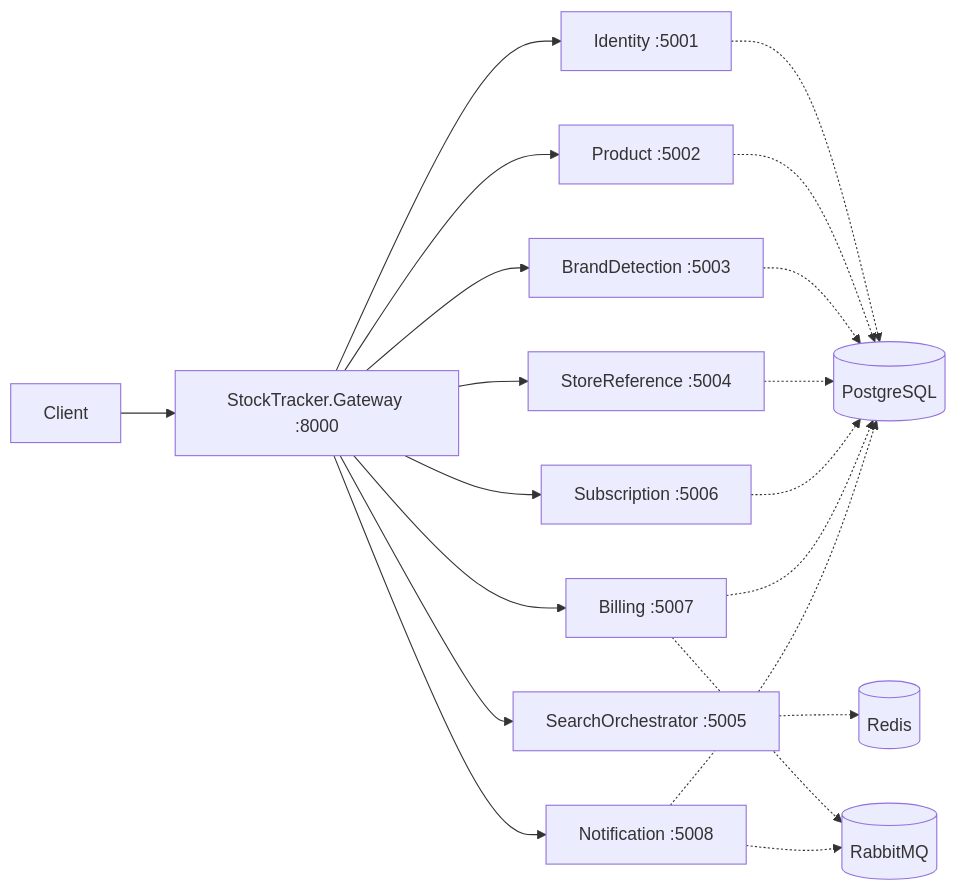
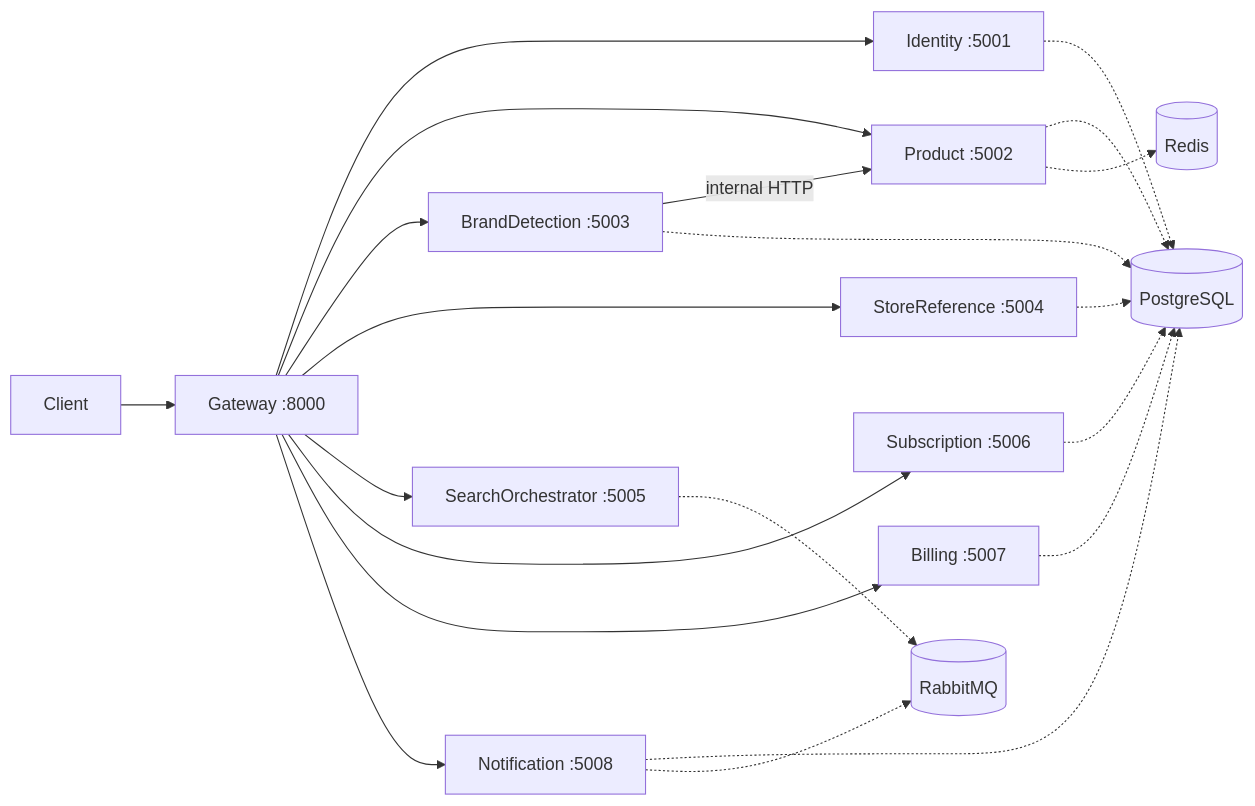
The diagram in README.md (hnbirsen/StockTracker), drawn with Mermaid before and after one commit. The commit also changed other lines of this file and 12 other files, not shown here.

First line of the commit message:
feat: Implement Brand Detection Service with database integration

````diff
--- a/README.md
+++ b/README.md
@@ -29,24 +25,27 @@
 ```mermaid
 flowchart LR
-        Client[Client] --> Gateway[StockTracker.Gateway :8000]
-        Gateway --> Identity[Identity :5001]
-        Gateway --> Product[Product :5002]
-        Gateway --> Brand[BrandDetection :5003]
-        Gateway --> Store[StoreReference :5004]
-        Gateway --> Search[SearchOrchestrator :5005]
-        Gateway --> Subscription[Subscription :5006]
-        Gateway --> Billing[Billing :5007]
-        Gateway --> Notification[Notification :5008]
+    Client[Client] --> Gateway[Gateway :8000]
 
-        Identity -.-> Postgres[(PostgreSQL)]
-        Product -.-> Postgres
-        Brand -.-> Postgres
-        Store -.-> Postgres
-        Subscription -.-> Postgres
-        Billing -.-> Postgres
-        Notification -.-> Postgres
+    Gateway --> Identity[Identity :5001]
+    Gateway --> Product[Product :5002]
+    Gateway --> Brand[BrandDetection :5003]
+    Gateway --> Store[StoreReference :5004]
+    Gateway --> Search[SearchOrchestrator :5005]
+    Gateway --> Subscription[Subscription :5006]
+    Gateway --> Billing[Billing :5007]
+    Gateway --> Notification[Notification :5008]
 
-        Search -.-> Redis[(Redis)]
-        Billing -.-> Rabbit[(RabbitMQ)]
-        Notification -.-> Rabbit
+    Brand -->|internal HTTP| Product
+
+    Identity -.-> PG[(PostgreSQL)]
+    Product -.-> PG
+    Brand -.-> PG
+    Store -.-> PG
+    Subscription -.-> PG
+    Billing -.-> PG
+    Notification -.-> PG
+
+    Product -.-> Redis[(Redis)]
+    Search -.-> MQ[(RabbitMQ)]
+    Notification -.-> MQ
 ```
````
